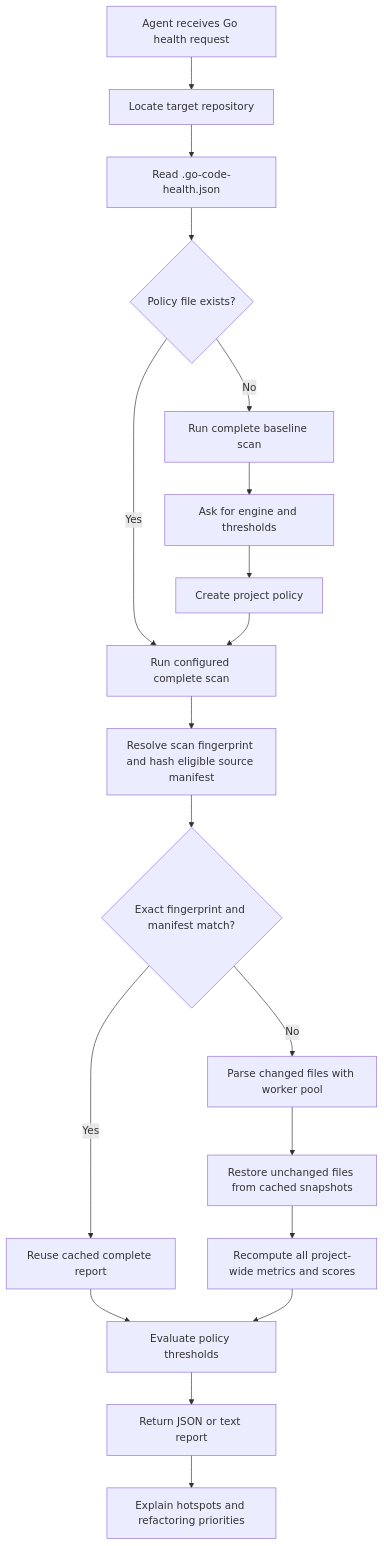
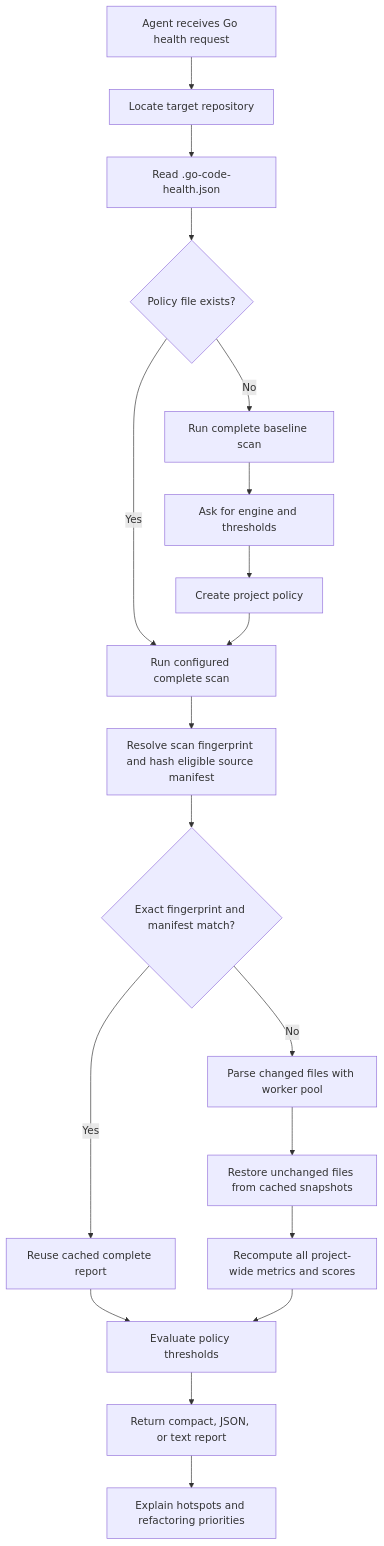
One commit to sghaida/skills changed the diagram in README.md. Above: the diagram before and after it, drawn with Mermaid. The commit also changed other lines of this file and 12 other files, not shown here.

````diff
--- a/README.md
+++ b/README.md
@@ -45,21 +45,21 @@
 ```mermaid
 flowchart TD
     A[Agent receives Go health request] --> B[Locate target repository]
     B --> C[Read .go-code-health.json]
     C --> D{Policy file exists?}
     D -->|No| E[Run complete baseline scan]
     E --> F[Ask for engine and thresholds]
     F --> G[Create project policy]
     D -->|Yes| H[Run configured complete scan]
     G --> H
     H --> I[Resolve scan fingerprint and hash eligible source manifest]
     I --> K{Exact fingerprint and manifest match?}
     K -->|Yes| J[Reuse cached complete report]
     K -->|No| L[Parse changed files with worker pool]
     L --> M[Restore unchanged files from cached snapshots]
     M --> N[Recompute all project-wide metrics and scores]
     J --> O[Evaluate policy thresholds]
     N --> O
-    O --> P[Return JSON or text report]
+    O --> P[Return compact, JSON, or text report]
     P --> Q[Explain hotspots and refactoring priorities]
 ```
````
